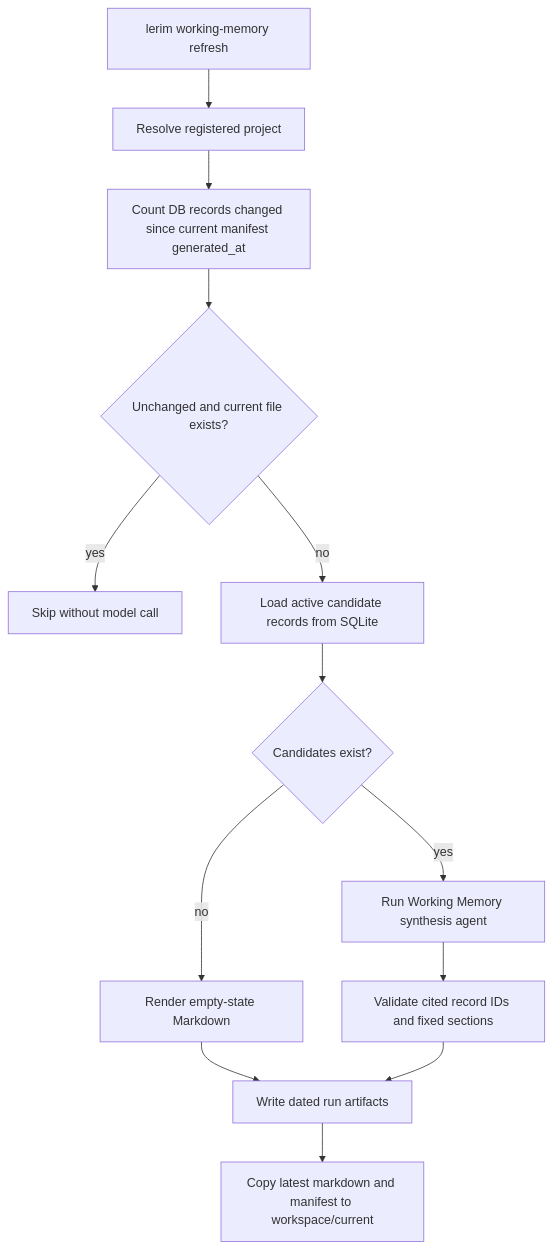
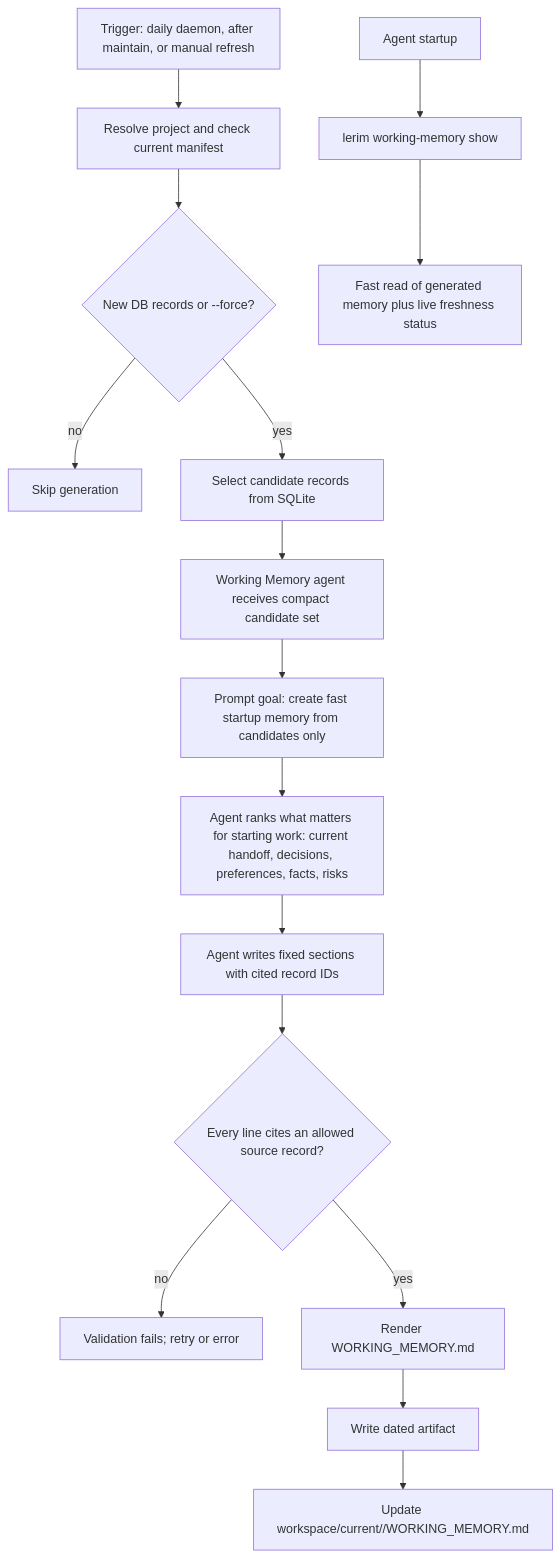
Before and after one commit to lerim-dev/lerim: the diagram in docs/cli/working-memory.md, drawn with Mermaid. The commit also changed 3 other files, not shown here.

Commit message:
docs: add agent flowcharts

````diff
--- a/docs/cli/working-memory.md
+++ b/docs/cli/working-memory.md
@@ -84,15 +84,23 @@
 ```mermaid
 flowchart TD
-    A["lerim working-memory refresh"] --> B["Resolve registered project"]
-    B --> C["Count DB records changed since current manifest generated_at"]
-    C --> D{"Unchanged and current file exists?"}
-    D -- "yes" --> E["Skip without model call"]
-    D -- "no" --> F["Load active candidate records from SQLite"]
-    F --> G{"Candidates exist?"}
-    G -- "no" --> H["Render empty-state Markdown"]
-    G -- "yes" --> I["Run Working Memory synthesis agent"]
-    I --> J["Validate cited record IDs and fixed sections"]
-    H --> K["Write dated run artifacts"]
-    J --> K
-    K --> L["Copy latest markdown and manifest to workspace/current"]
+    A["Trigger: daily daemon, after maintain, or manual refresh"] --> B["Resolve project and check current manifest"]
+    B --> C{"New DB records or --force?"}
+
+    C -- "no" --> D["Skip generation"]
+    C -- "yes" --> E["Select candidate records from SQLite"]
+    E --> F["Working Memory agent receives compact candidate set"]
+
+    F --> G["Prompt goal: create fast startup memory from candidates only"]
+    G --> H["Agent ranks what matters for starting work: current handoff, decisions, preferences, facts, risks"]
+    H --> I["Agent writes fixed sections with cited record IDs"]
+
+    I --> J{"Every line cites an allowed source record?"}
+    J -- "no" --> K["Validation fails; retry or error"]
+    J -- "yes" --> L["Render WORKING_MEMORY.md"]
+
+    L --> M["Write dated artifact"]
+    M --> N["Update workspace/current/<project_id>/WORKING_MEMORY.md"]
+
+    O["Agent startup"] --> P["lerim working-memory show"]
+    P --> Q["Fast read of generated memory plus live freshness status"]
 ```
````
